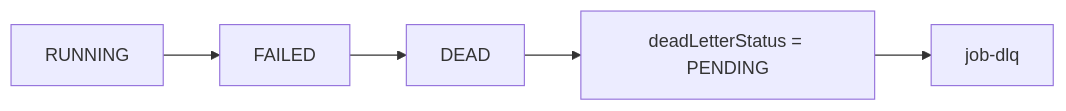
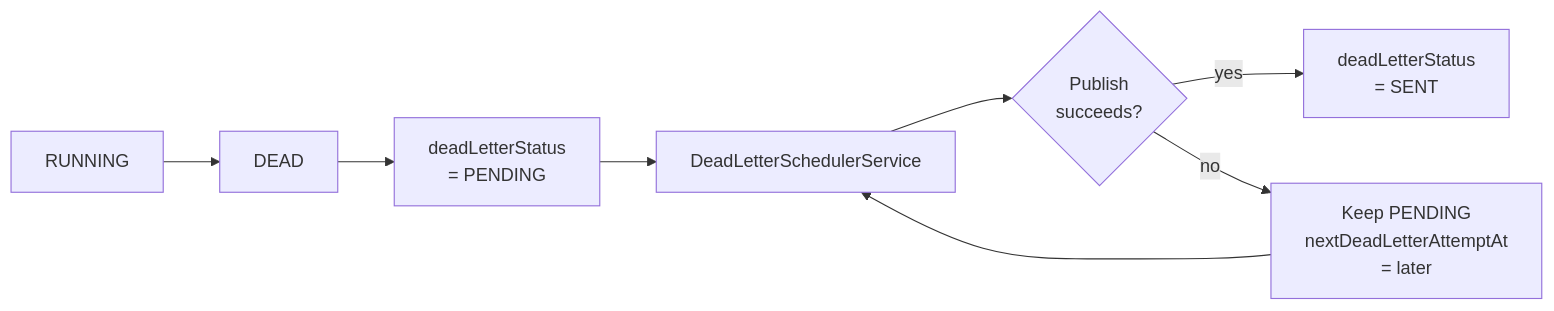
One commit to harshithrao07/distributed-scheduler changed the seventh of 10 diagrams in Readme.md. Above: the diagram before and after it, drawn with Mermaid. The commit also changed other lines of this file, not shown here.

````diff
--- a/Readme.md
+++ b/Readme.md
@@ -158,7 +220,10 @@
 ```mermaid
 flowchart LR
-    running["RUNNING"] --> failed["FAILED"]
-    failed --> dead["DEAD"]
-    dead --> dlqPending["deadLetterStatus = PENDING"]
-    dlqPending --> dlq["job-dlq"]
+    A["RUNNING"] --> B["DEAD"]
+    B --> C["deadLetterStatus<br/>= PENDING"]
+    C --> D["DeadLetterSchedulerService"]
+    D --> E{"Publish<br/>succeeds?"}
+    E -->|yes| F["deadLetterStatus<br/>= SENT"]
+    E -->|no| G["Keep PENDING<br/>nextDeadLetterAttemptAt<br/>= later"]
+    G --> D
 ```
````
